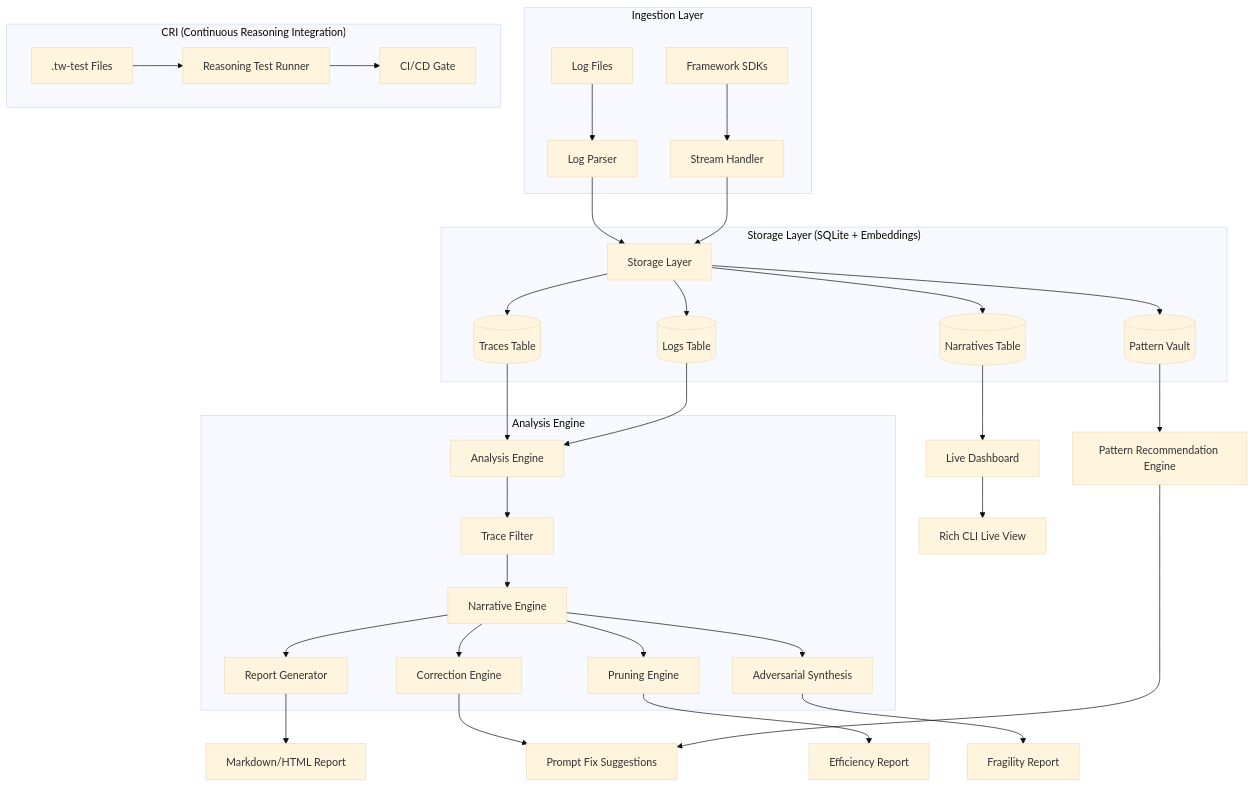
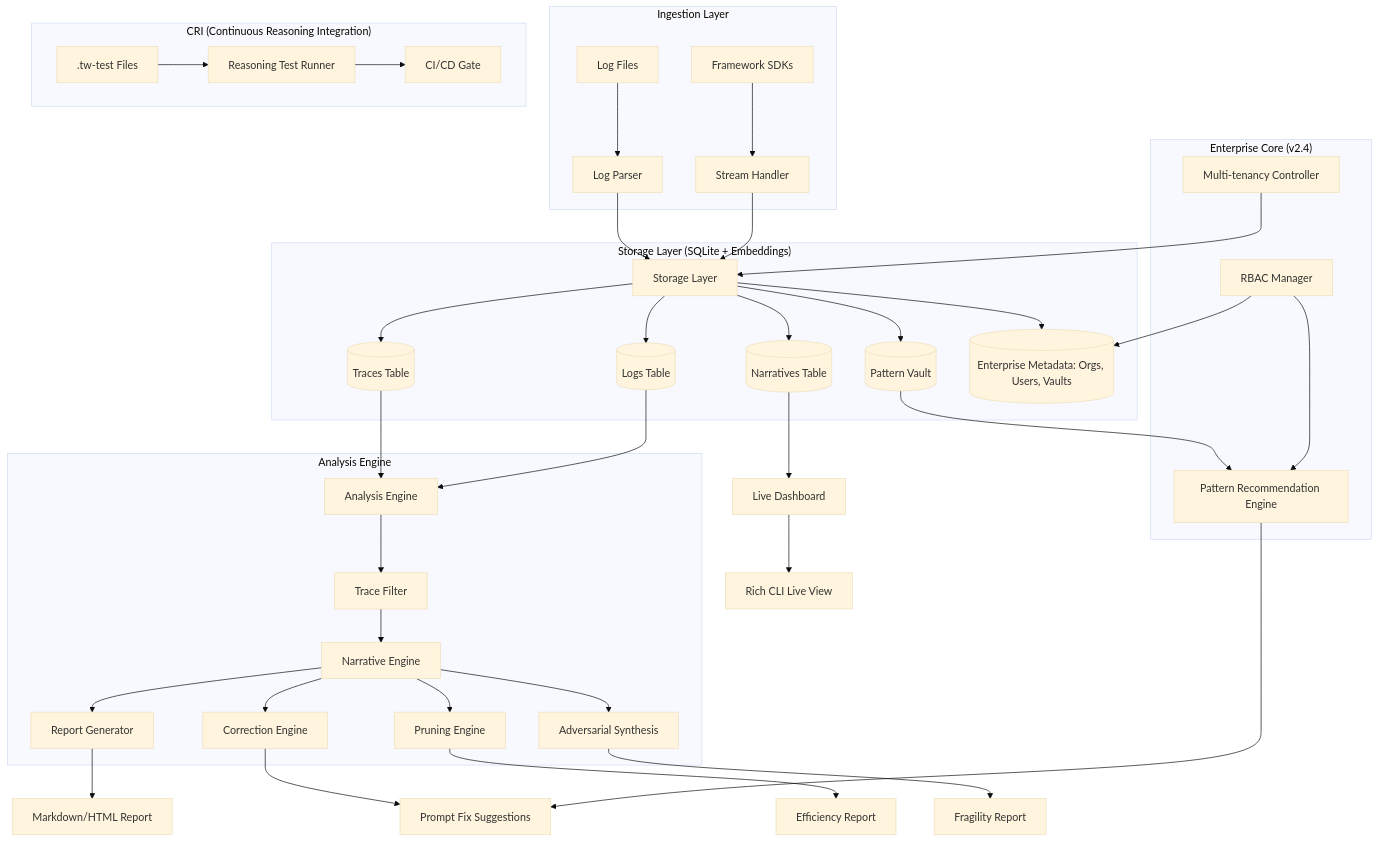
One commit to prof-lijar/tiny-company changed the diagram in docs/technical-architecture.md. Above: the diagram before and after it, drawn with Mermaid (base theme). The commit also changed other lines of this file, not shown here.

Commit message:
[CTO] Update technical architecture to include v2.4 Enterprise Governance features

````diff
--- a/docs/technical-architecture.md
+++ b/docs/technical-architecture.md
@@ -24,42 +30,49 @@
 ```mermaid
 graph TD
     subgraph "Ingestion Layer"
         A[Log Files] --> B[Log Parser]
         C[Framework SDKs] --> D[Stream Handler]
     end
 
     B --> E[Storage Layer]
     D --> E[Storage Layer]
 
     subgraph "Storage Layer (SQLite + Embeddings)"
         E --> E1[(Traces Table)]
         E --> E2[(Logs Table)]
         E --> E3[(Narratives Table)]
         E --> E4[(Pattern Vault)]
+        E --> E5[(Enterprise Metadata: Orgs, Users, Vaults)]
     end
 
     E1 & E2 --> F[Analysis Engine]
     E3 --> G[Live Dashboard]
 
     subgraph "Analysis Engine"
         F --> F1[Trace Filter]
         F1 --> F2[Narrative Engine]
         F2 --> F3[Report Generator]
         F2 --> F4[Correction Engine]
         F2 --> F5[Pruning Engine]
         F2 --> F6[Adversarial Synthesis]
     end
 
     F3 --> H[Markdown/HTML Report]
     F4 --> I[Prompt Fix Suggestions]
     F5 --> J[Efficiency Report]
     F6 --> K[Fragility Report]
     E4 --> L[Pattern Recommendation Engine]
     L --> I
     
+    subgraph "Enterprise Core (v2.4)"
+        X[RBAC Manager] --> E5
+        X --> L
+        Y[Multi-tenancy Controller] --> E
+    end
+
     subgraph "CRI (Continuous Reasoning Integration)"
         M[.tw-test Files] --> N[Reasoning Test Runner]
         N --> O[CI/CD Gate]
     end
     G --> P[Rich CLI Live View]
 ```
````
